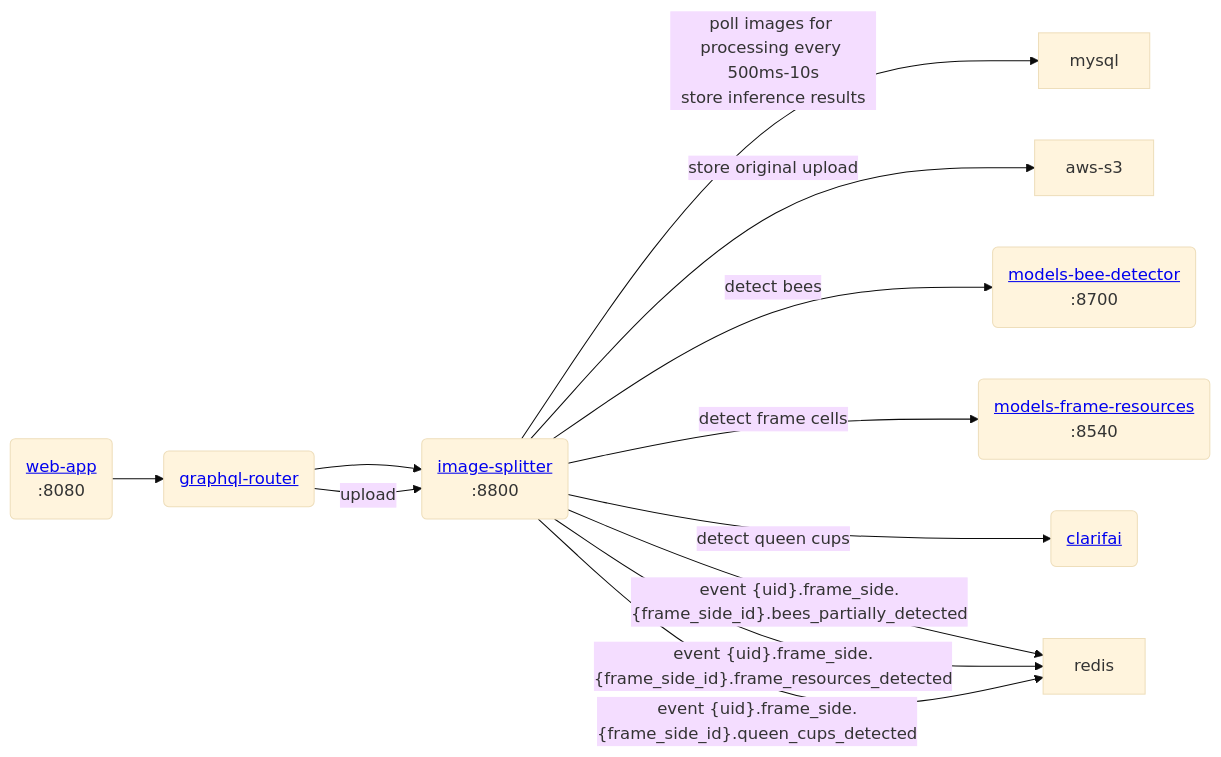
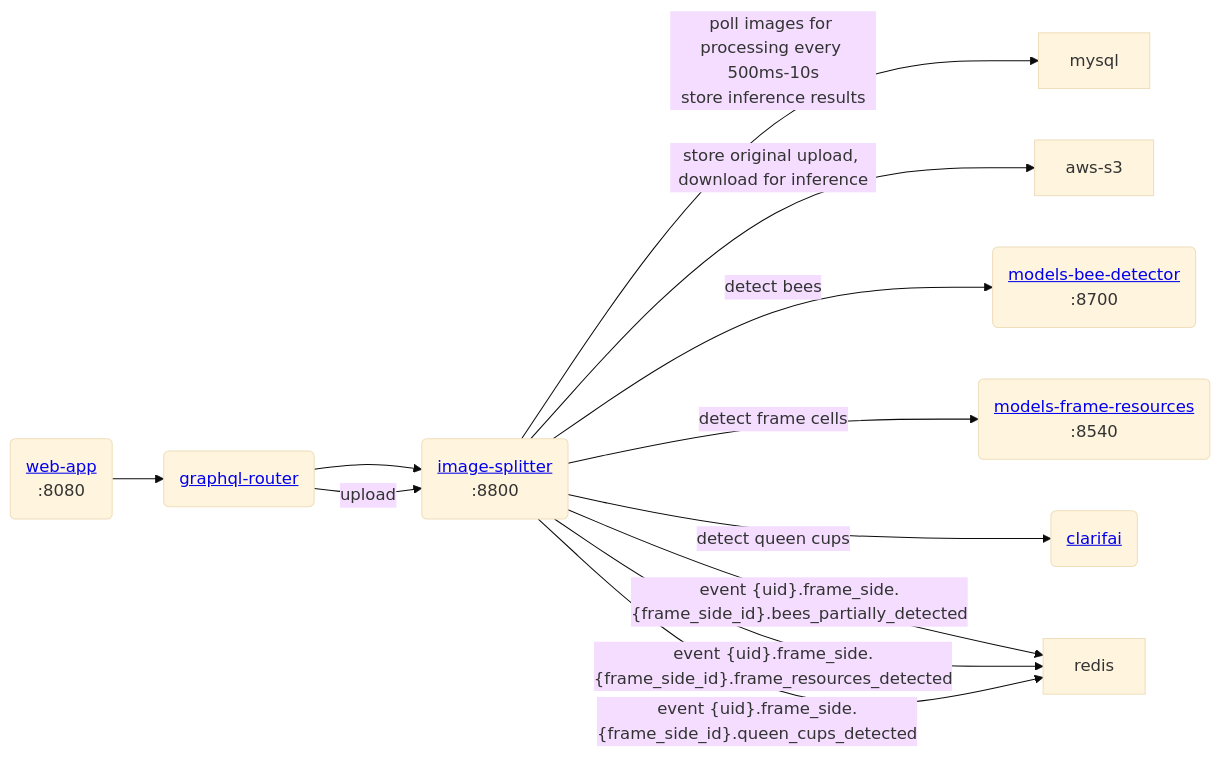
Before and after one commit to Gratheon/image-splitter: the diagram in README.md, drawn with Mermaid (base theme). The commit also changed other lines of this file and 19 other files, not shown here.

````diff
--- a/README.md
+++ b/README.md
@@ -10,12 +14,12 @@
 ```mermaid
 flowchart LR
     web-app("<a href='https://github.com/Gratheon/web-app'>web-app</a>\n:8080") --> graphql-router("<a href='https://github.com/Gratheon/graphql-router'>graphql-router</a>") --> image-splitter("<a href='https://github.com/Gratheon/image-splitter'>image-splitter</a>\n:8800") --"poll images for processing every 500ms-10s\nstore inference results"--> mysql
-    graphql-router --upload--> image-splitter --"store original upload"--> aws-s3
+    graphql-router --upload--> image-splitter --"store original upload, download for inference"--> aws-s3
 	image-splitter --"detect bees"--> models-bee-detector("<a href='https://github.com/Gratheon/models-bee-detector'>models-bee-detector</a>\n:8700")
 	image-splitter --"detect frame cells"--> models-frame-resources("<a href='https://github.com/Gratheon/models-frame-resources'>models-frame-resources</a>\n:8540")
 	image-splitter --"detect queen cups"--> clarifai("<a href='https://clarifai.com'>clarifai</a>")
 
 	image-splitter --"event {uid}.frame_side.{frame_side_id}.bees_partially_detected"--> redis
     image-splitter --"event {uid}.frame_side.{frame_side_id}.frame_resources_detected"--> redis
     image-splitter --"event {uid}.frame_side.{frame_side_id}.queen_cups_detected"--> redis
 ```
````
